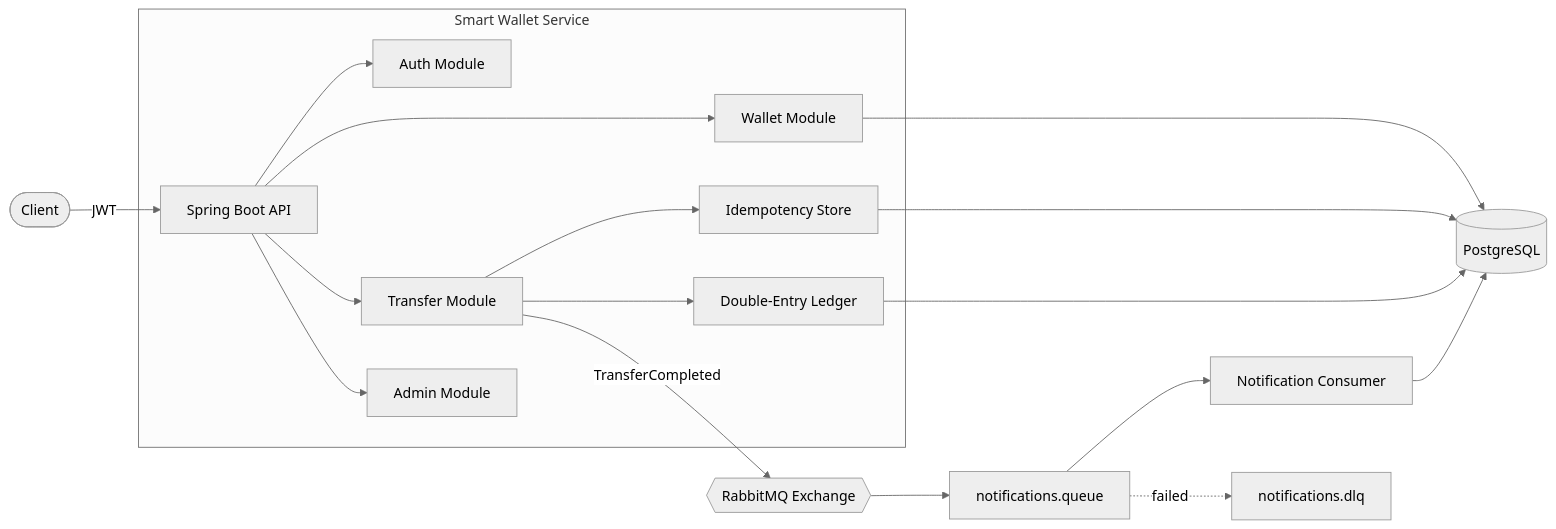
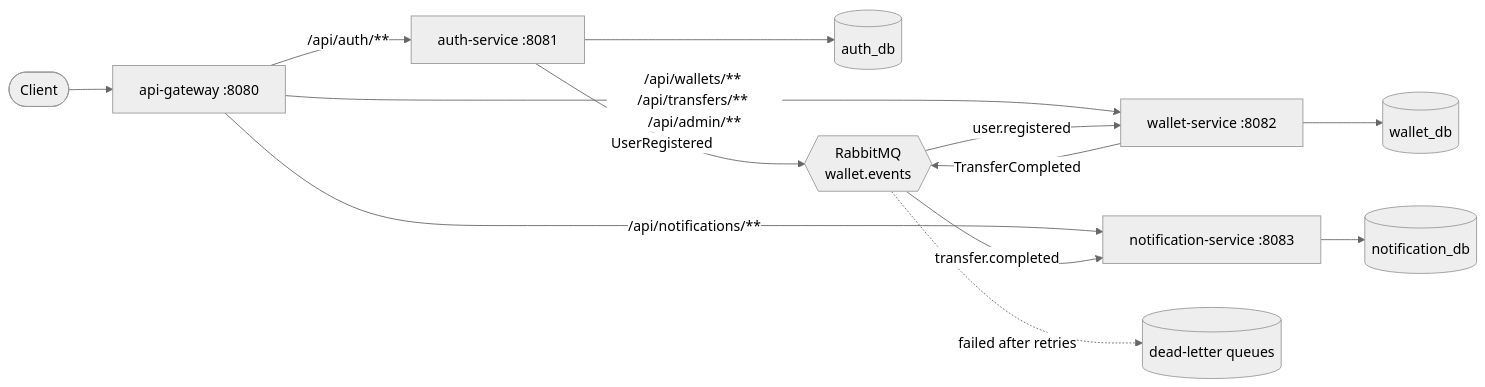
Before and after one commit to arjunkumar913/Smart_wallet: the first of 2 diagrams in README.md, drawn with Mermaid (neutral theme). The commit also changed other lines of this file and 105 other files, not shown here.

Commit message:
Day 1: microservices structure, JWT auth, event-driven wallet creation, double-entry top-ups

````diff
--- a/README.md
+++ b/README.md
@@ -28,23 +11,18 @@
 ```mermaid
 flowchart LR
-    Client([Client]) -->|JWT| API[Spring Boot API]
+    Client([Client]) --> GW[api-gateway :8080]
 
-    subgraph App[Smart Wallet Service]
-        API --> Auth[Auth Module]
-        API --> Wallet[Wallet Module]
-        API --> Transfer[Transfer Module]
-        API --> Admin[Admin Module]
-        Transfer --> Idem[Idempotency Store]
-        Transfer --> Ledger[Double-Entry Ledger]
-    end
+    GW -->|/api/auth/**| AUTH[auth-service :8081]
+    GW -->|/api/wallets/** /api/transfers/** /api/admin/**| WAL[wallet-service :8082]
+    GW -->|/api/notifications/**| NOTIF[notification-service :8083]
 
-    Wallet --> DB[(PostgreSQL)]
-    Ledger --> DB
-    Idem --> DB
+    AUTH --> ADB[(auth_db)]
+    WAL --> WDB[(wallet_db)]
+    NOTIF --> NDB[(notification_db)]
 
-    Transfer -->|TransferCompleted| MQ{{RabbitMQ Exchange}}
-    MQ --> Q[notifications.queue]
-    Q --> Consumer[Notification Consumer]
-    Q -.failed.-> DLQ[notifications.dlq]
-    Consumer --> DB
+    AUTH -- UserRegistered --> MQ{{RabbitMQ<br/>wallet.events}}
+    WAL -- TransferCompleted --> MQ
+    MQ -- user.registered --> WAL
+    MQ -- transfer.completed --> NOTIF
+    MQ -.failed after retries.-> DLQ[(dead-letter queues)]
 ```
````
